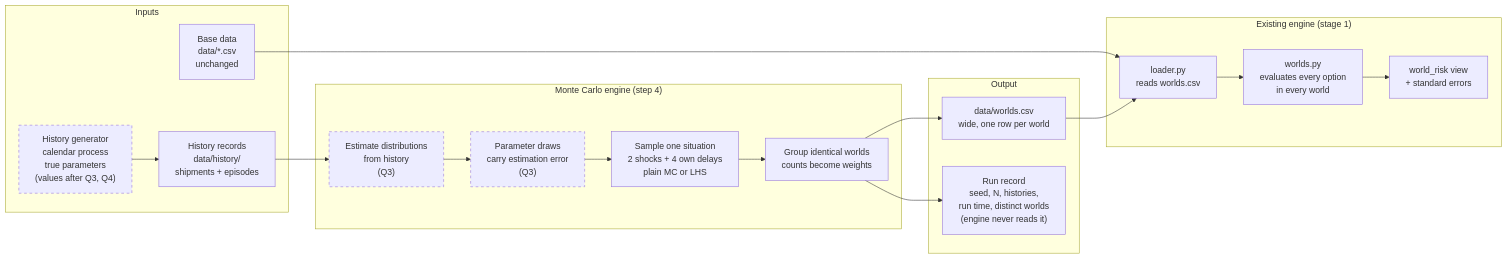
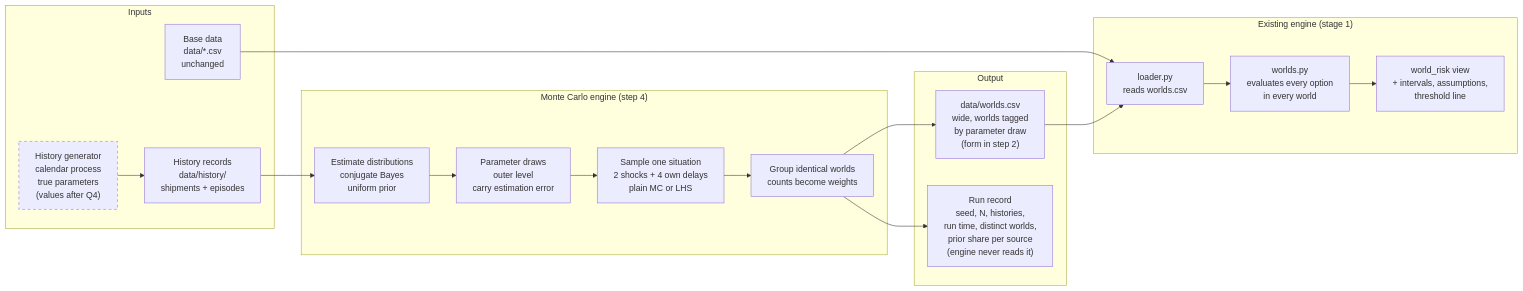
One commit to Ian-Yoon3/IBM-Bibimbab changed the diagram in docs/montecarlo-engine.md. Above: the diagram before and after it, drawn with Mermaid. The commit also changed other lines of this file, not shown here.

Commit message:
Docs: estimation method chosen by comparison (Q3), assumptions and threshold line

````diff
--- a/docs/montecarlo-engine.md
+++ b/docs/montecarlo-engine.md
@@ -49,35 +52,35 @@
 ```mermaid
 flowchart LR
     subgraph IN["Inputs"]
-        G["History generator<br/>calendar process<br/>true parameters<br/>(values after Q3, Q4)"]
+        G["History generator<br/>calendar process<br/>true parameters<br/>(values after Q4)"]
         H["History records<br/>data/history/<br/>shipments + episodes"]
         B["Base data<br/>data/*.csv<br/>unchanged"]
     end
 
     subgraph MC["Monte Carlo engine (step 4)"]
-        EST["Estimate distributions<br/>from history<br/>(Q3)"]
-        PAR["Parameter draws<br/>carry estimation error<br/>(Q3)"]
+        EST["Estimate distributions<br/>conjugate Bayes<br/>uniform prior"]
+        PAR["Parameter draws<br/>outer level<br/>carry estimation error"]
         SMP["Sample one situation<br/>2 shocks + 4 own delays<br/>plain MC or LHS"]
         COL["Group identical worlds<br/>counts become weights"]
     end
 
     subgraph OUT["Output"]
-        W["data/worlds.csv<br/>wide, one row per world"]
-        META["Run record<br/>seed, N, histories,<br/>run time, distinct worlds<br/>(engine never reads it)"]
+        W["data/worlds.csv<br/>wide, worlds tagged<br/>by parameter draw<br/>(form in step 2)"]
+        META["Run record<br/>seed, N, histories,<br/>run time, distinct worlds,<br/>prior share per source<br/>(engine never reads it)"]
     end
 
     subgraph ENG["Existing engine (stage 1)"]
         LD["loader.py<br/>reads worlds.csv"]
         WM["worlds.py<br/>evaluates every option<br/>in every world"]
-        V["world_risk view<br/>+ standard errors"]
+        V["world_risk view<br/>+ intervals, assumptions,<br/>threshold line"]
     end
 
     G --> H --> EST --> PAR --> SMP --> COL
     COL --> W
     COL --> META
     B --> LD
     W --> LD --> WM --> V
 
     classDef open stroke-dasharray: 5 5
-    class G,EST,PAR open
+    class G open
 ```
````
